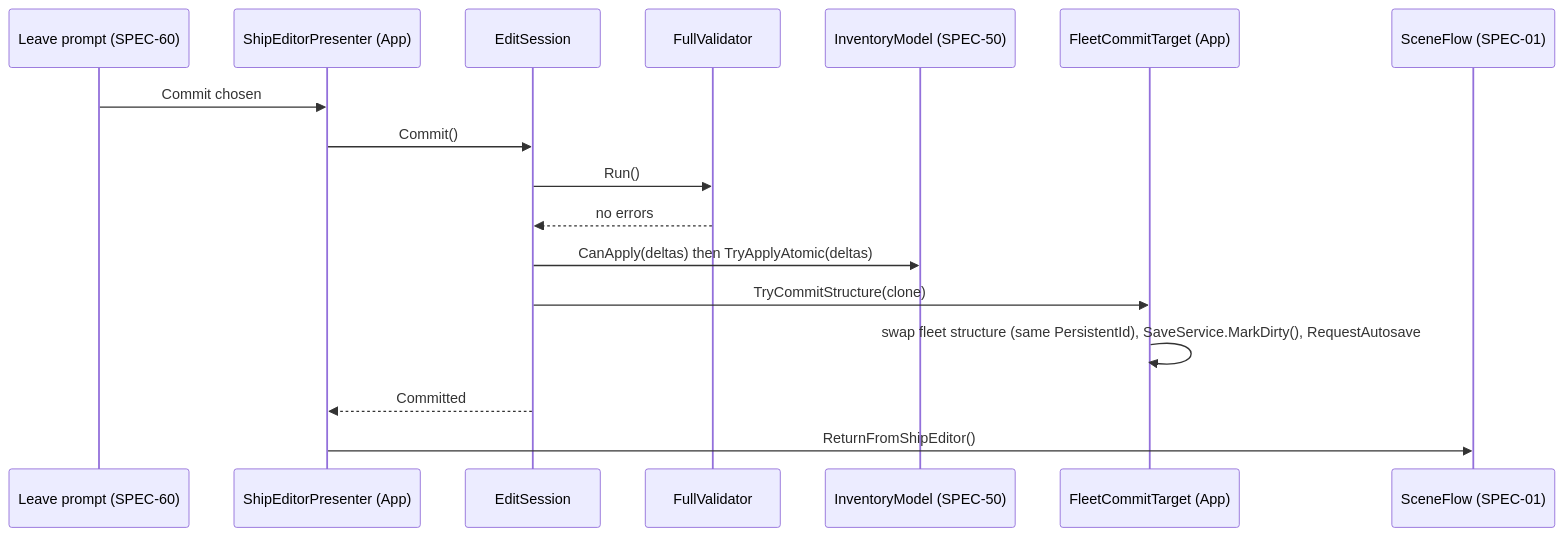
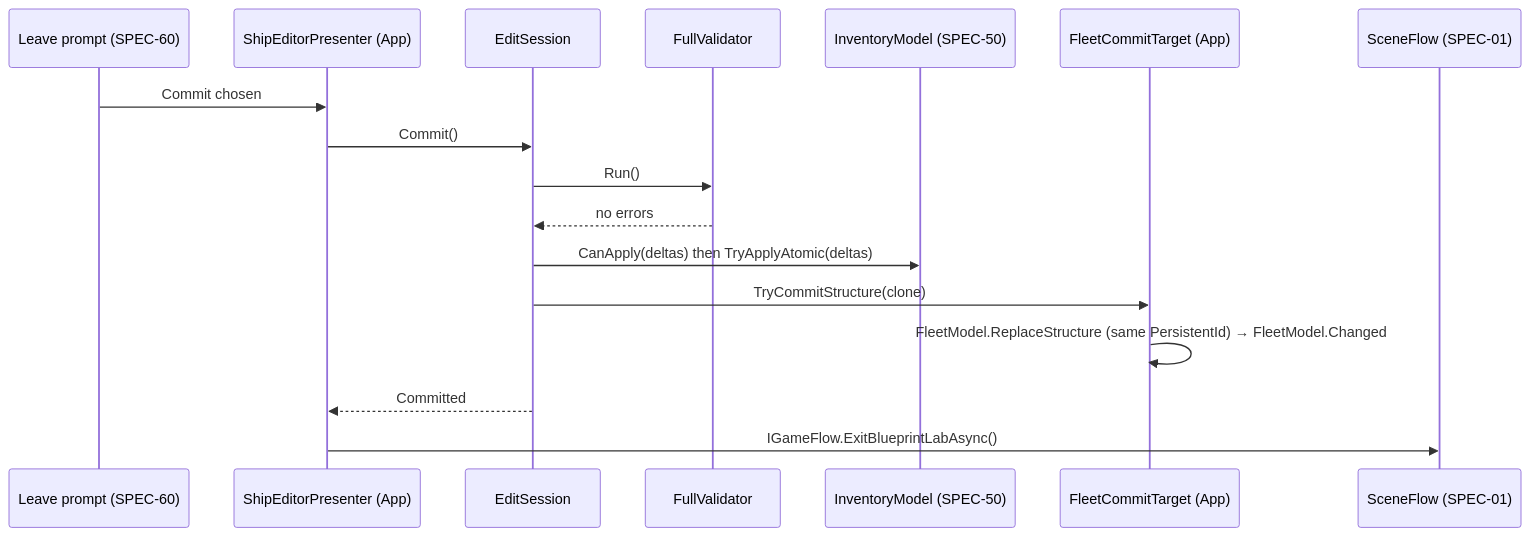
One commit to frankev6/voxel-spacegame changed the diagram in docs/specs/SPEC-51-ship-editor.md. Above: the diagram before and after it, drawn with Mermaid. The commit also changed other lines of this file and 1 other file, not shown here.

Commit message:
Integration: SPEC-51 block/item identity, IGameFlow Lab entry/exit, FleetModel commit; SPEC-70 real entry points, fire/console actions, save via IGameFlow, Dev jumps, inv/give, fact slot API, DevBodyQuery, travel/quest/encounter probes, answered Q2-Q9

````diff
--- a/docs/specs/SPEC-51-ship-editor.md
+++ b/docs/specs/SPEC-51-ship-editor.md
@@ -460,19 +461,19 @@
 ```mermaid
 sequenceDiagram
     participant UI as Leave prompt (SPEC-60)
     participant P as ShipEditorPresenter (App)
     participant S as EditSession
     participant V as FullValidator
     participant I as InventoryModel (SPEC-50)
     participant T as FleetCommitTarget (App)
     participant F as SceneFlow (SPEC-01)
     UI->>P: Commit chosen
     P->>S: Commit()
     S->>V: Run()
     V-->>S: no errors
     S->>I: CanApply(deltas) then TryApplyAtomic(deltas)
     S->>T: TryCommitStructure(clone)
-    T->>T: swap fleet structure (same PersistentId), SaveService.MarkDirty(), RequestAutosave
+    T->>T: FleetModel.ReplaceStructure (same PersistentId) → FleetModel.Changed
     S-->>P: Committed
-    P->>F: ReturnFromShipEditor()
+    P->>F: IGameFlow.ExitBlueprintLabAsync()
 ```
````
